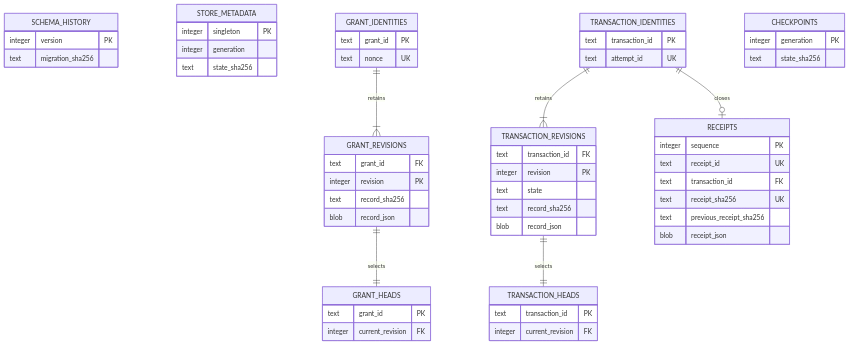
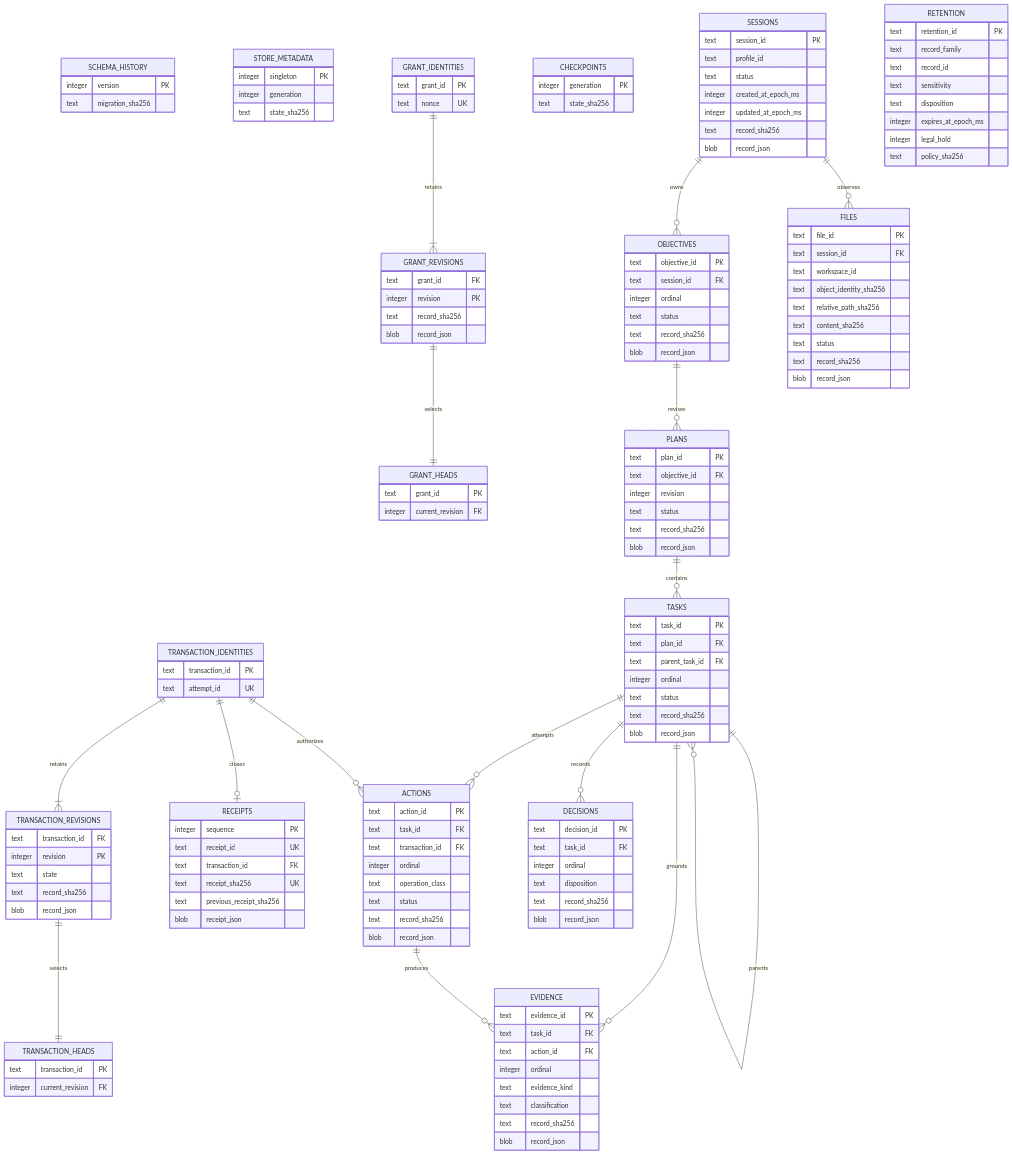
The second of 2 diagrams in docs/architecture/durable-authority-store.md (AaronNHorvitz/AgentMage), drawn with Mermaid before and after one commit. The commit also changed other lines of this file and 4 other files, not shown here.

Commit message:
feat(store): add normalized operational schema v2

````diff
--- a/docs/architecture/durable-authority-store.md
+++ b/docs/architecture/durable-authority-store.md
@@ -98,10 +102,103 @@
         integer generation PK
         text state_sha256
     }
+    SESSIONS {
+        text session_id PK
+        text profile_id
+        text status
+        integer created_at_epoch_ms
+        integer updated_at_epoch_ms
+        text record_sha256
+        blob record_json
+    }
+    OBJECTIVES {
+        text objective_id PK
+        text session_id FK
+        integer ordinal
+        text status
+        text record_sha256
+        blob record_json
+    }
+    PLANS {
+        text plan_id PK
+        text objective_id FK
+        integer revision
+        text status
+        text record_sha256
+        blob record_json
+    }
+    TASKS {
+        text task_id PK
+        text plan_id FK
+        text parent_task_id FK
+        integer ordinal
+        text status
+        text record_sha256
+        blob record_json
+    }
+    ACTIONS {
+        text action_id PK
+        text task_id FK
+        text transaction_id FK
+        integer ordinal
+        text operation_class
+        text status
+        text record_sha256
+        blob record_json
+    }
+    EVIDENCE {
+        text evidence_id PK
+        text task_id FK
+        text action_id FK
+        integer ordinal
+        text evidence_kind
+        text classification
+        text record_sha256
+        blob record_json
+    }
+    DECISIONS {
+        text decision_id PK
+        text task_id FK
+        integer ordinal
+        text disposition
+        text record_sha256
+        blob record_json
+    }
+    FILES {
+        text file_id PK
+        text session_id FK
+        text workspace_id
+        text object_identity_sha256
+        text relative_path_sha256
+        text content_sha256
+        text status
+        text record_sha256
+        blob record_json
+    }
+    RETENTION {
+        text retention_id PK
+        text record_family
+        text record_id
+        text sensitivity
+        text disposition
+        integer expires_at_epoch_ms
+        integer legal_hold
+        text policy_sha256
+    }
 
     GRANT_IDENTITIES ||--|{ GRANT_REVISIONS : retains
     GRANT_REVISIONS ||--|| GRANT_HEADS : selects
     TRANSACTION_IDENTITIES ||--|{ TRANSACTION_REVISIONS : retains
     TRANSACTION_REVISIONS ||--|| TRANSACTION_HEADS : selects
     TRANSACTION_IDENTITIES ||--o| RECEIPTS : closes
+    SESSIONS ||--o{ OBJECTIVES : owns
+    OBJECTIVES ||--o{ PLANS : revises
+    PLANS ||--o{ TASKS : contains
+    TASKS ||--o{ TASKS : parents
+    TASKS ||--o{ ACTIONS : attempts
+    TASKS ||--o{ EVIDENCE : grounds
+    ACTIONS ||--o{ EVIDENCE : produces
+    TASKS ||--o{ DECISIONS : records
+    SESSIONS ||--o{ FILES : observes
+    TRANSACTION_IDENTITIES ||--o{ ACTIONS : authorizes
 ```
````
